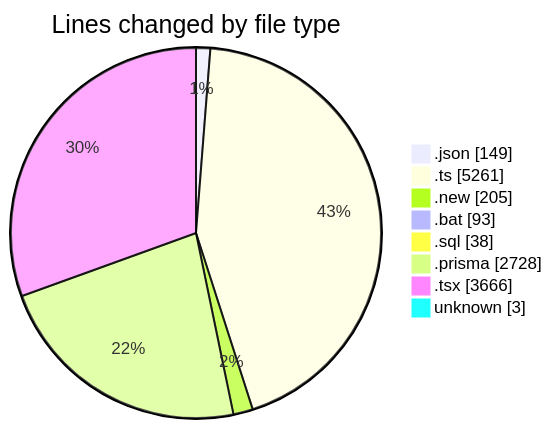
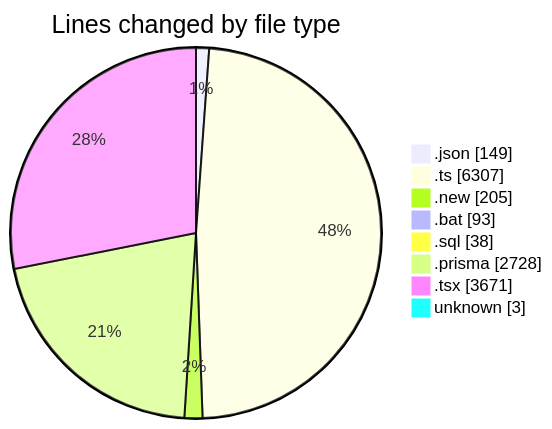
One commit to CELIANVF/code-tracking changed the first of 2 diagrams in 2025-05-20/ecodeli-1/README.md. Above: the diagram before and after it, drawn with Mermaid. The commit also changed other lines of this file and 1 other file, not shown here.

````diff
--- a/2025-05-20/ecodeli-1/README.md
+++ b/2025-05-20/ecodeli-1/README.md
@@ -68,12 +69,12 @@
 ```mermaid
 pie showData
 title Lines changed by file type
 ".json" : 149
-".ts" : 5261
+".ts" : 6307
 ".new" : 205
 ".bat" : 93
 ".sql" : 38
 ".prisma" : 2728
-".tsx" : 3666
+".tsx" : 3671
 "unknown" : 3
 ```
````
